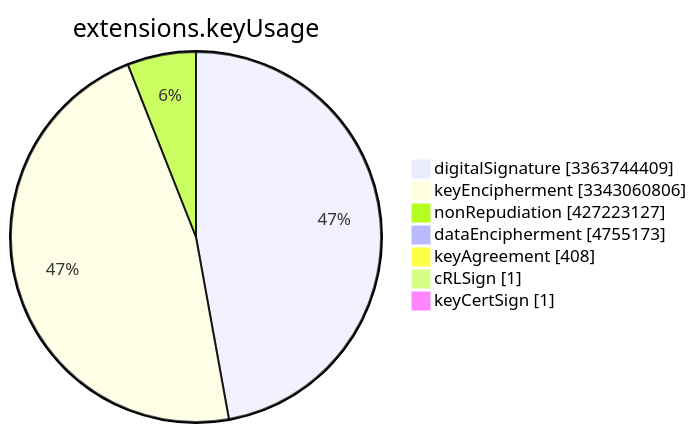
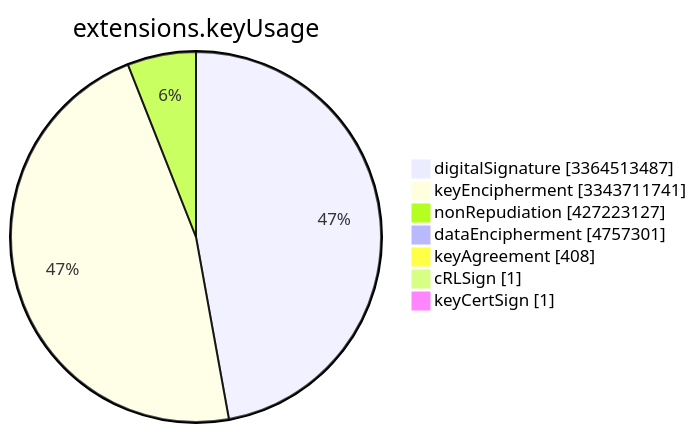
The sixth of 15 diagrams in TOTAL/README.md (christiankrug/ctmonitor_visualization), drawn with Mermaid before and after one commit. The commit also changed other lines of this file, not shown here.

````diff
--- a/TOTAL/README.md
+++ b/TOTAL/README.md
@@ -3079,11 +3079,11 @@
 ```mermaid
 pie showData
 title extensions.keyUsage
-"digitalSignature" :3363744409
-"keyEncipherment" :3343060806
+"digitalSignature" :3364513487
+"keyEncipherment" :3343711741
 "nonRepudiation" :427223127
-"dataEncipherment" :4755173
+"dataEncipherment" :4757301
 "keyAgreement" :408
 "cRLSign" :1
 "keyCertSign" :1
 ```
````
